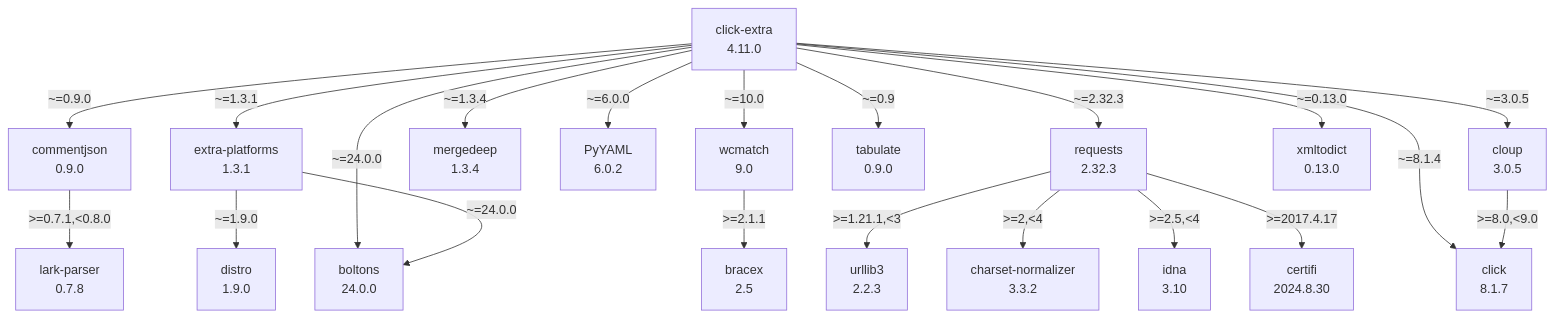
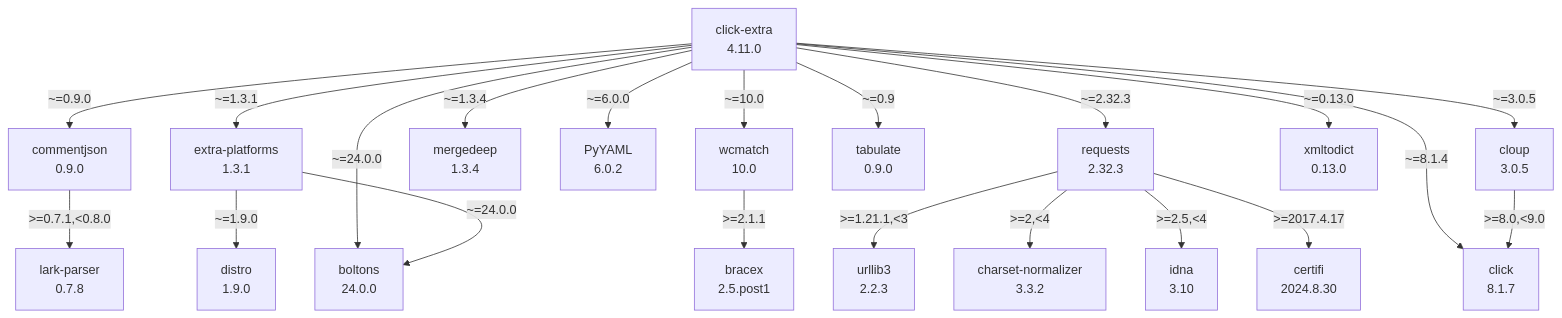
The diagram in docs/assets/dependencies.mmd (kdeldycke/click-extra), drawn with Mermaid before and after one commit.

Commit message:
[autofix] Regenerate dependency graph

```diff
--- a/docs/assets/dependencies.mmd
+++ b/docs/assets/dependencies.mmd
@@ -1,41 +1,41 @@
 flowchart TD
     classDef missing stroke-dasharray: 5
     boltons["boltons\n24.0.0"]
-    bracex["bracex\n2.5"]
+    bracex["bracex\n2.5.post1"]
     certifi["certifi\n2024.8.30"]
     charset-normalizer["charset-normalizer\n3.3.2"]
     click-extra["click-extra\n4.11.0"]
     click_0["click\n8.1.7"]
     cloup["cloup\n3.0.5"]
     commentjson["commentjson\n0.9.0"]
     distro["distro\n1.9.0"]
     extra-platforms["extra-platforms\n1.3.1"]
     idna["idna\n3.10"]
     lark-parser["lark-parser\n0.7.8"]
     mergedeep["mergedeep\n1.3.4"]
     pyyaml["PyYAML\n6.0.2"]
     requests["requests\n2.32.3"]
     tabulate["tabulate\n0.9.0"]
     urllib3["urllib3\n2.2.3"]
-    wcmatch["wcmatch\n9.0"]
+    wcmatch["wcmatch\n10.0"]
     xmltodict["xmltodict\n0.13.0"]
     click-extra -- "~=0.13.0" --> xmltodict
     click-extra -- "~=0.9" --> tabulate
     click-extra -- "~=0.9.0" --> commentjson
     click-extra -- "~=1.3.1" --> extra-platforms
     click-extra -- "~=1.3.4" --> mergedeep
     click-extra -- "~=10.0" --> wcmatch
     click-extra -- "~=2.32.3" --> requests
     click-extra -- "~=24.0.0" --> boltons
     click-extra -- "~=3.0.5" --> cloup
     click-extra -- "~=6.0.0" --> pyyaml
     click-extra -- "~=8.1.4" --> click_0
     cloup -- ">=8.0,<9.0" --> click_0
     commentjson -- ">=0.7.1,<0.8.0" --> lark-parser
     extra-platforms -- "~=1.9.0" --> distro
     extra-platforms -- "~=24.0.0" --> boltons
     requests -- ">=1.21.1,<3" --> urllib3
     requests -- ">=2,<4" --> charset-normalizer
     requests -- ">=2.5,<4" --> idna
     requests -- ">=2017.4.17" --> certifi
     wcmatch -- ">=2.1.1" --> bracex
```
